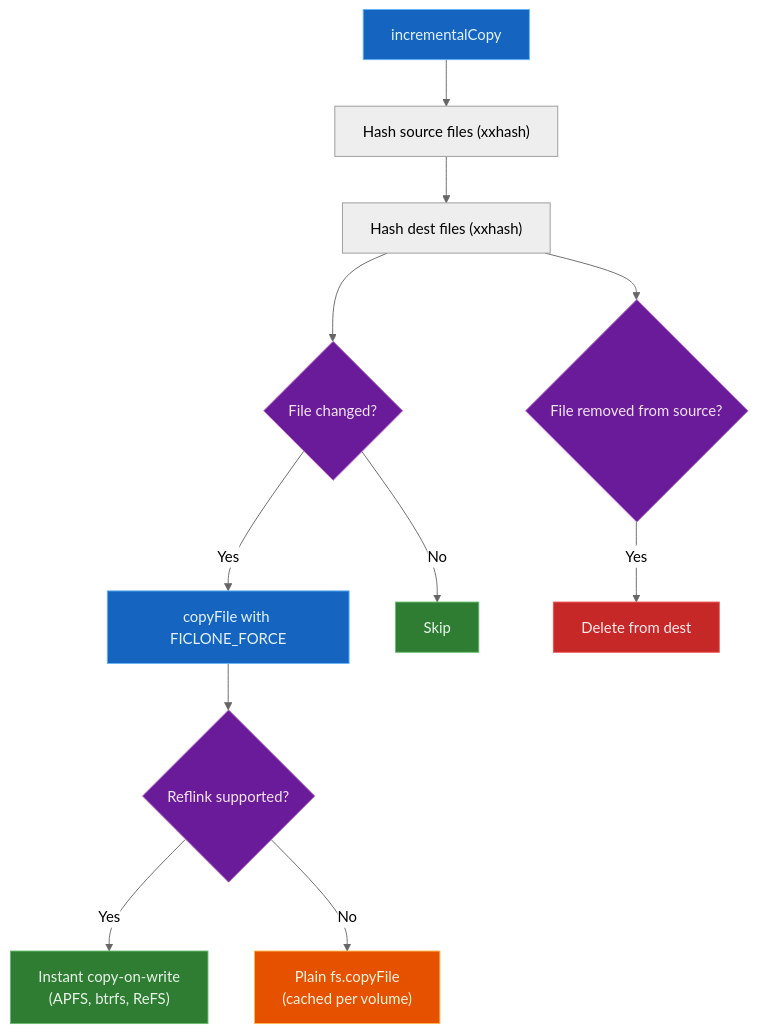
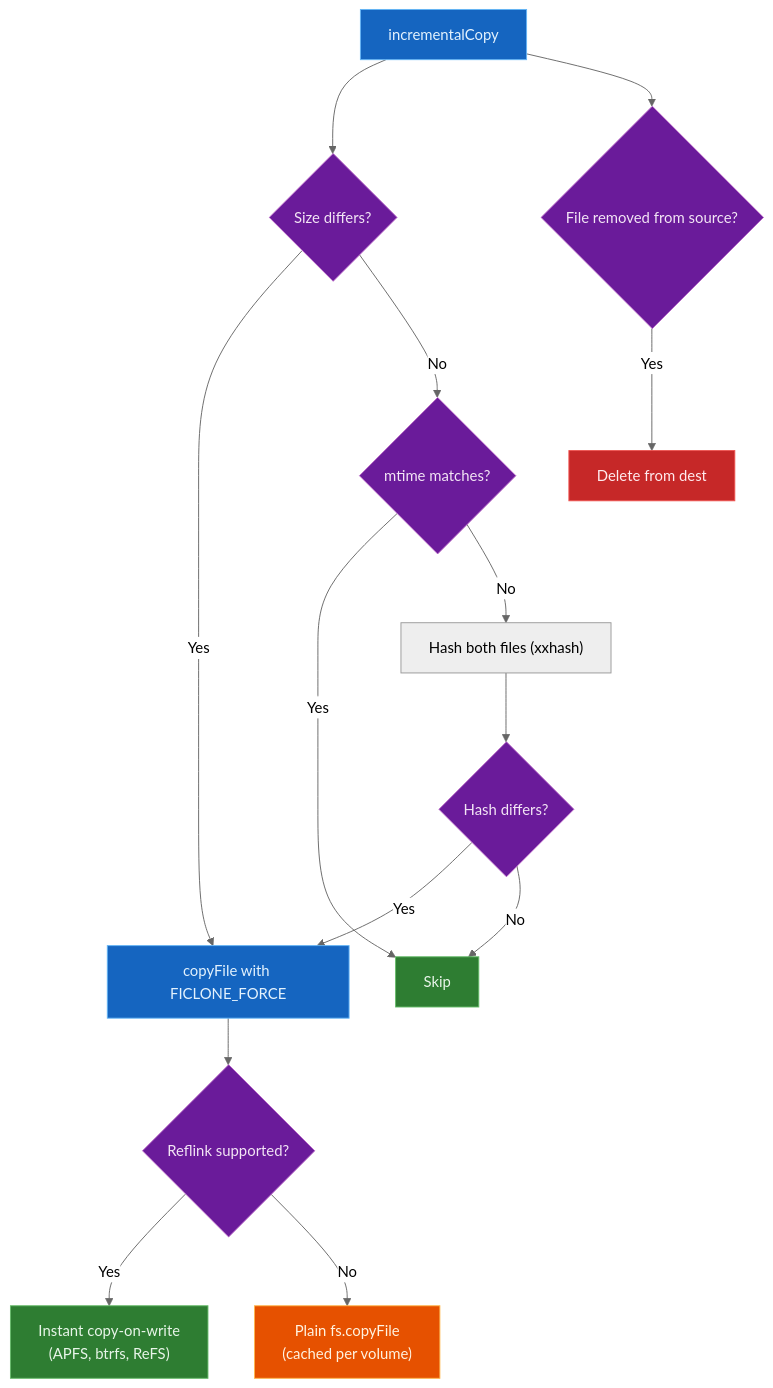
Before and after one commit to oleg-kuibar/plunk: the fifth of 5 diagrams in docs/how-it-works.md, drawn with Mermaid (neutral theme). The commit also changed other lines of this file and 8 other files, not shown here.

First line of the commit message:
perf: mtime fast-skip, remove readMeta retry, reduce redundant I/O

````diff
--- a/docs/how-it-works.md
+++ b/docs/how-it-works.md
@@ -171,24 +171,29 @@
 ```mermaid
 flowchart TD
     A[copyFile with FICLONE_FORCE] --> B{Reflink supported?}
     B -- Yes --> C["Instant copy-on-write<br/>(APFS, btrfs, ReFS)"]
     B -- No --> D["Plain fs.copyFile<br/>(cached per volume)"]
 
-    E[incrementalCopy] --> F["Hash source files (xxhash)"]
-    F --> G["Hash dest files (xxhash)"]
-    G --> H{File changed?}
-    H -- Yes --> A
-    H -- No --> I[Skip]
-    G --> J{File removed from source?}
-    J -- Yes --> K[Delete from dest]
+    E[incrementalCopy] --> F{Size differs?}
+    F -- Yes --> A
+    F -- No --> G{mtime matches?}
+    G -- Yes --> I[Skip]
+    G -- No --> H["Hash both files (xxhash)"]
+    H --> K{Hash differs?}
+    K -- Yes --> A
+    K -- No --> I
+    E --> J{File removed from source?}
+    J -- Yes --> L[Delete from dest]
 
     style A fill:#1565c0,stroke:#64b5f6,color:#e3f2fd
     style B fill:#6a1b9a,stroke:#ba68c8,color:#f3e5f5
     style C fill:#2e7d32,stroke:#66bb6a,color:#e8f5e9
     style D fill:#e65100,stroke:#ffb74d,color:#fff3e0
     style E fill:#1565c0,stroke:#64b5f6,color:#e3f2fd
-    style H fill:#6a1b9a,stroke:#ba68c8,color:#f3e5f5
+    style F fill:#6a1b9a,stroke:#ba68c8,color:#f3e5f5
+    style G fill:#6a1b9a,stroke:#ba68c8,color:#f3e5f5
     style I fill:#2e7d32,stroke:#66bb6a,color:#e8f5e9
+    style K fill:#6a1b9a,stroke:#ba68c8,color:#f3e5f5
     style J fill:#6a1b9a,stroke:#ba68c8,color:#f3e5f5
-    style K fill:#c62828,stroke:#ef5350,color:#ffebee
+    style L fill:#c62828,stroke:#ef5350,color:#ffebee
 ```
````
